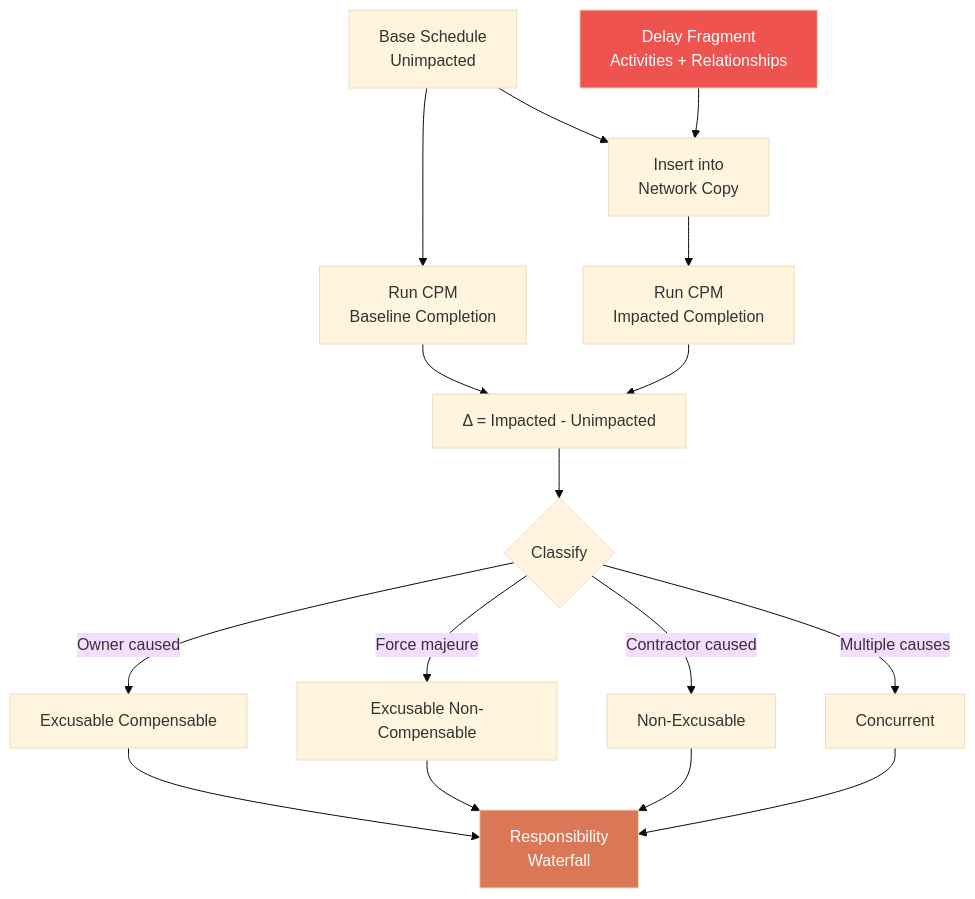
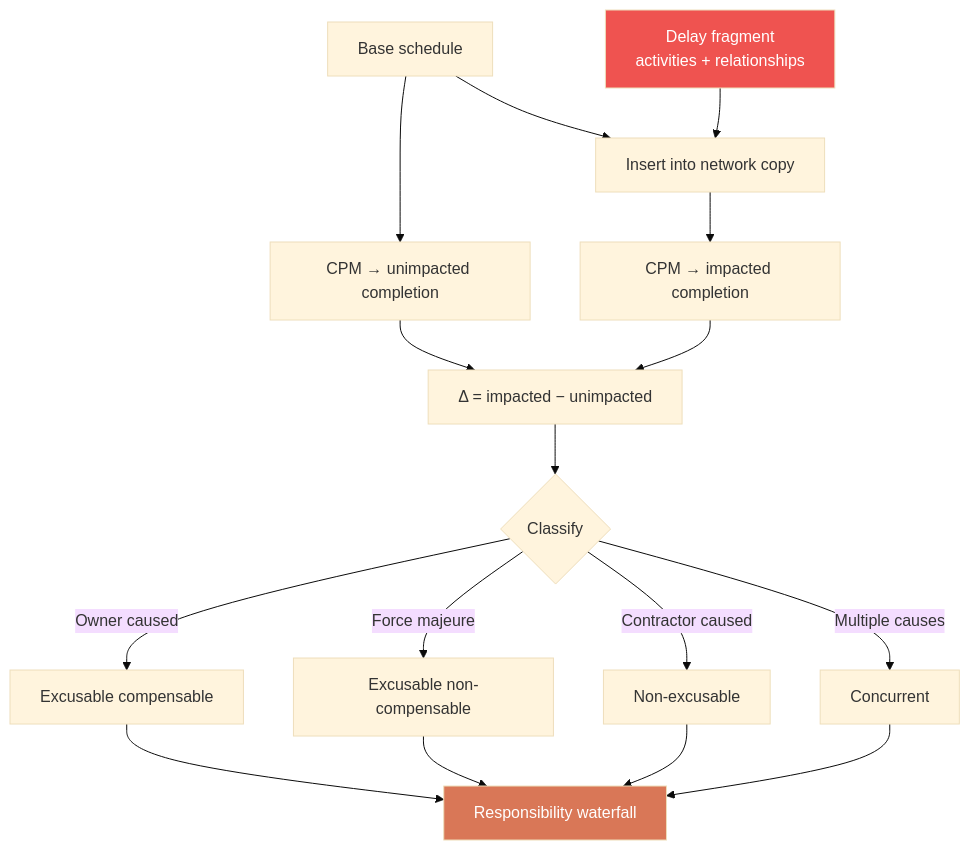
The fifth of 8 diagrams in docs/architecture.md (VitorMRodovalho/meridianiq), drawn with Mermaid (base theme) before and after one commit. The commit also changed other lines of this file, not shown here.

First line of the commit message:
docs: refresh architecture.md for v3.6.0 state

````diff
--- a/docs/architecture.md
+++ b/docs/architecture.md
@@ -188,23 +204,19 @@
 ```mermaid
 flowchart TD
-    BASE[Base Schedule<br/>Unimpacted] --> CPM1[Run CPM<br/>Baseline Completion]
-
-    FRAG[Delay Fragment<br/>Activities + Relationships] --> INSERT[Insert into<br/>Network Copy]
+    BASE[Base schedule] --> CPM1[CPM → unimpacted completion]
+    FRAG[Delay fragment<br/>activities + relationships] --> INSERT[Insert into network copy]
     BASE --> INSERT
-
-    INSERT --> CPM2[Run CPM<br/>Impacted Completion]
-
-    CPM1 --> DELTA[Δ = Impacted - Unimpacted]
-    CPM2 --> DELTA
+    INSERT --> CPM2[CPM → impacted completion]
+    CPM1 & CPM2 --> DELTA[Δ = impacted − unimpacted]
 
     DELTA --> CLASS{Classify}
-    CLASS -->|Owner caused| EC[Excusable Compensable]
-    CLASS -->|Force majeure| ENC[Excusable Non-Compensable]
-    CLASS -->|Contractor caused| NE[Non-Excusable]
+    CLASS -->|Owner caused| EC[Excusable compensable]
+    CLASS -->|Force majeure| ENC[Excusable non-compensable]
+    CLASS -->|Contractor caused| NE[Non-excusable]
     CLASS -->|Multiple causes| CON[Concurrent]
 
-    EC & ENC & NE & CON --> RESP[Responsibility<br/>Waterfall]
+    EC & ENC & NE & CON --> RESP[Responsibility waterfall]
 
     style FRAG fill:#EF5350,color:#fff
     style RESP fill:#D97757,color:#fff
 ```
````
